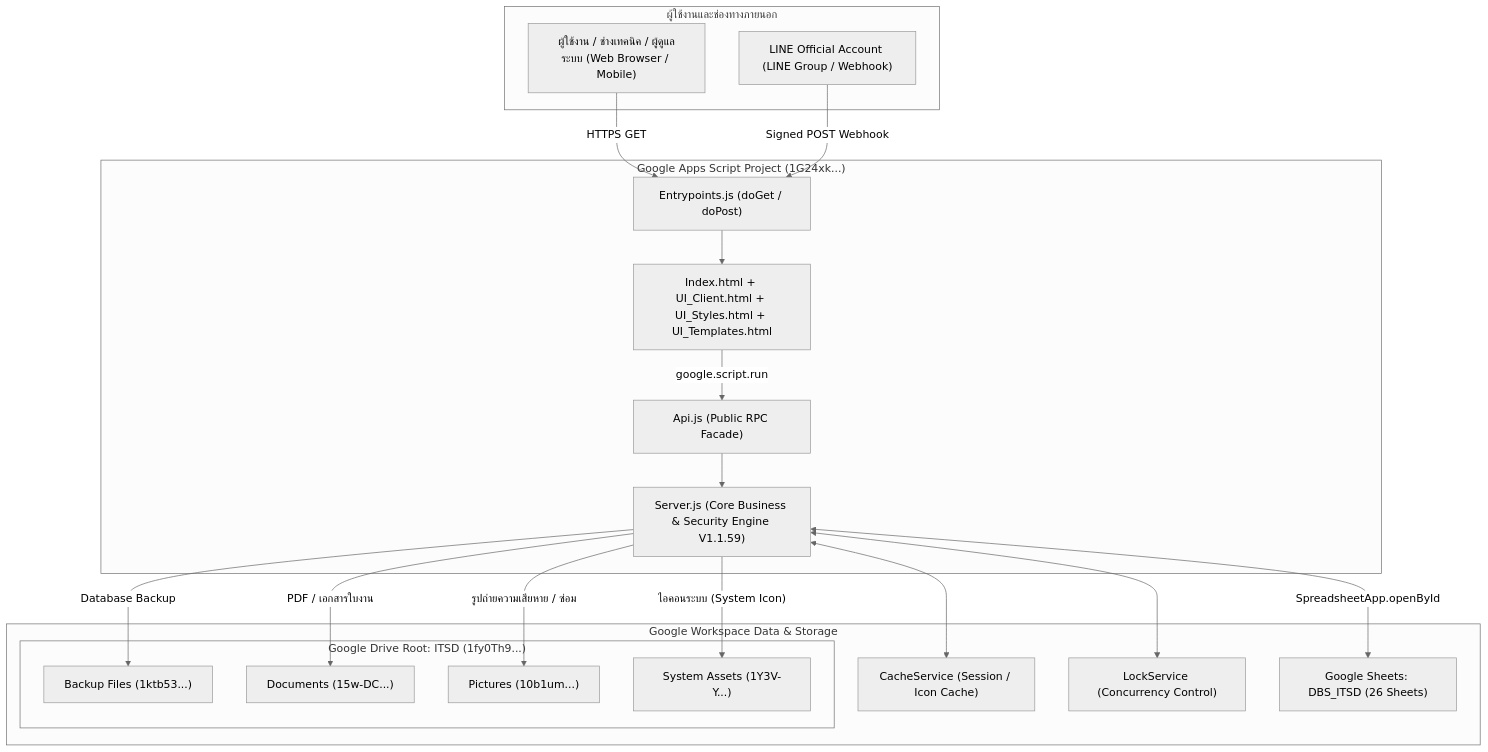
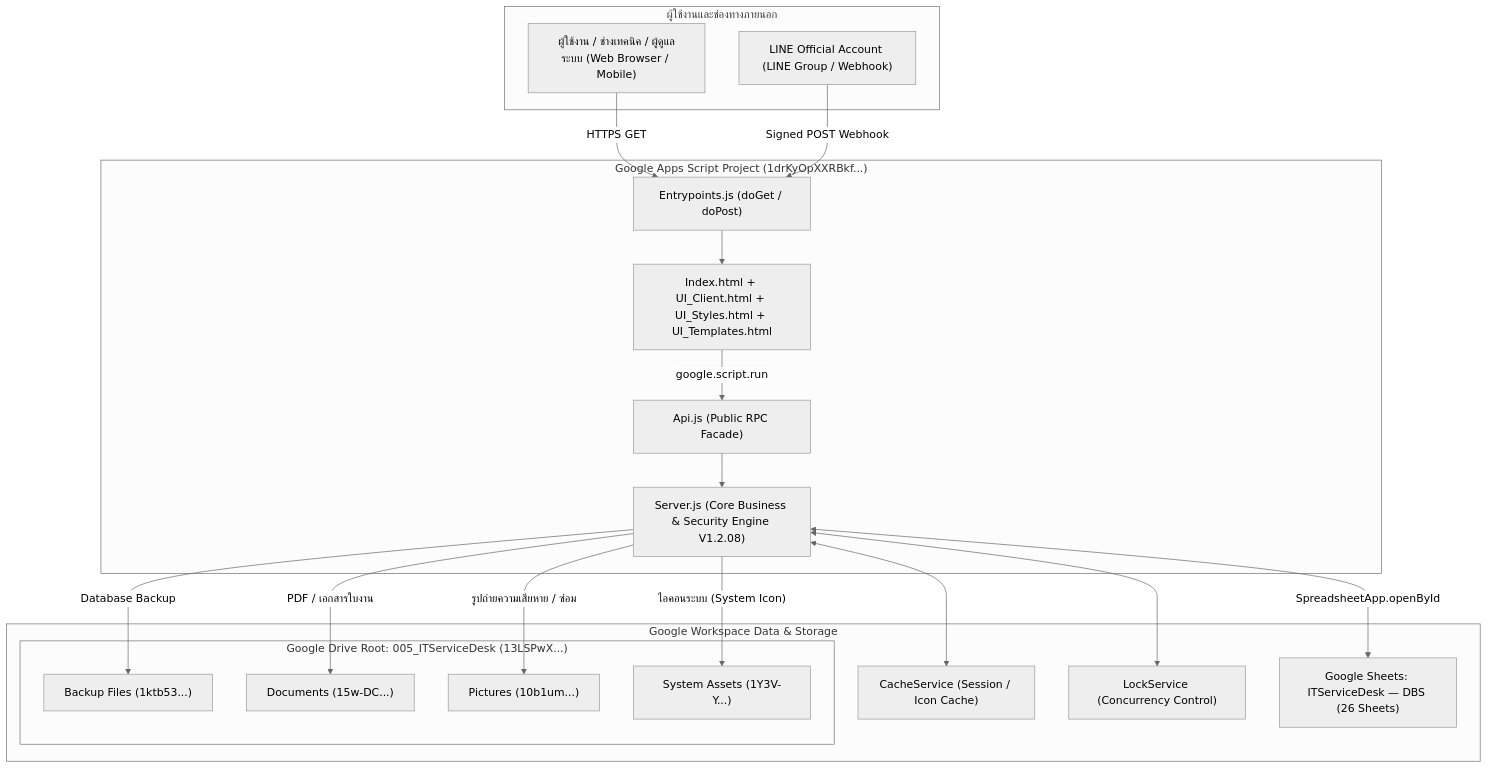
The first of 9 diagrams in DATA_DIAGRAM_AND_WORKFLOW.md (thakot-cloud/ITServiceDesk), drawn with Mermaid (neutral theme) before and after one commit. The commit also changed other lines of this file and 3 other files, not shown here.

Commit message:
docs: standardize resource names to 005_ITServiceDesk and ITServiceDesk — DBS

````diff
--- a/DATA_DIAGRAM_AND_WORKFLOW.md
+++ b/DATA_DIAGRAM_AND_WORKFLOW.md
@@ -23,39 +23,39 @@
 ```mermaid
 flowchart TB
     subgraph Clients["ผู้ใช้งานและช่องทางภายนอก"]
         U["ผู้ใช้งาน / ช่างเทคนิค / ผู้ดูแลระบบ (Web Browser / Mobile)"]
         L["LINE Official Account (LINE Group / Webhook)"]
     end
 
-    subgraph GAS["Google Apps Script Project (1G24xk...)"]
+    subgraph GAS["Google Apps Script Project (1drKyOpXXRBkf...)"]
         EP["Entrypoints.js (doGet / doPost)"]
         API["Api.js (Public RPC Facade)"]
-        CORE["Server.js (Core Business & Security Engine V1.1.59)"]
+        CORE["Server.js (Core Business & Security Engine V1.2.08)"]
         UI["Index.html + UI_Client.html + UI_Styles.html + UI_Templates.html"]
     end
 
     subgraph Storage["Google Workspace Data & Storage"]
         CACHE["CacheService (Session / Icon Cache)"]
         LOCK["LockService (Concurrency Control)"]
-        SHEET["Google Sheets: DBS_ITSD (26 Sheets)"]
-        subgraph DRIVE["Google Drive Root: ITSD (1fy0Th9...)"]
+        SHEET["Google Sheets: ITServiceDesk — DBS (26 Sheets)"]
+        subgraph DRIVE["Google Drive Root: 005_ITServiceDesk (13LSPwX...)"]
             D_BAK["Backup Files (1ktb53...)"]
             D_DOC["Documents (15w-DC...)"]
             D_PIC["Pictures (10b1um...)"]
             D_SYS["System Assets (1Y3V-Y...)"]
         end
     end
 
     U -->|"HTTPS GET"| EP
     EP --> UI
     UI -->|"google.script.run"| API
     API --> CORE
     L -->|"Signed POST Webhook"| EP
     CORE <--> CACHE
     CORE <--> LOCK
     CORE <-->|"SpreadsheetApp.openById"| SHEET
     CORE -->|"Database Backup"| D_BAK
     CORE -->|"PDF / เอกสารใบงาน"| D_DOC
     CORE -->|"รูปถ่ายความเสียหาย / ซ่อม"| D_PIC
     CORE -->|"ไอคอนระบบ (System Icon)"| D_SYS
 ```
````
